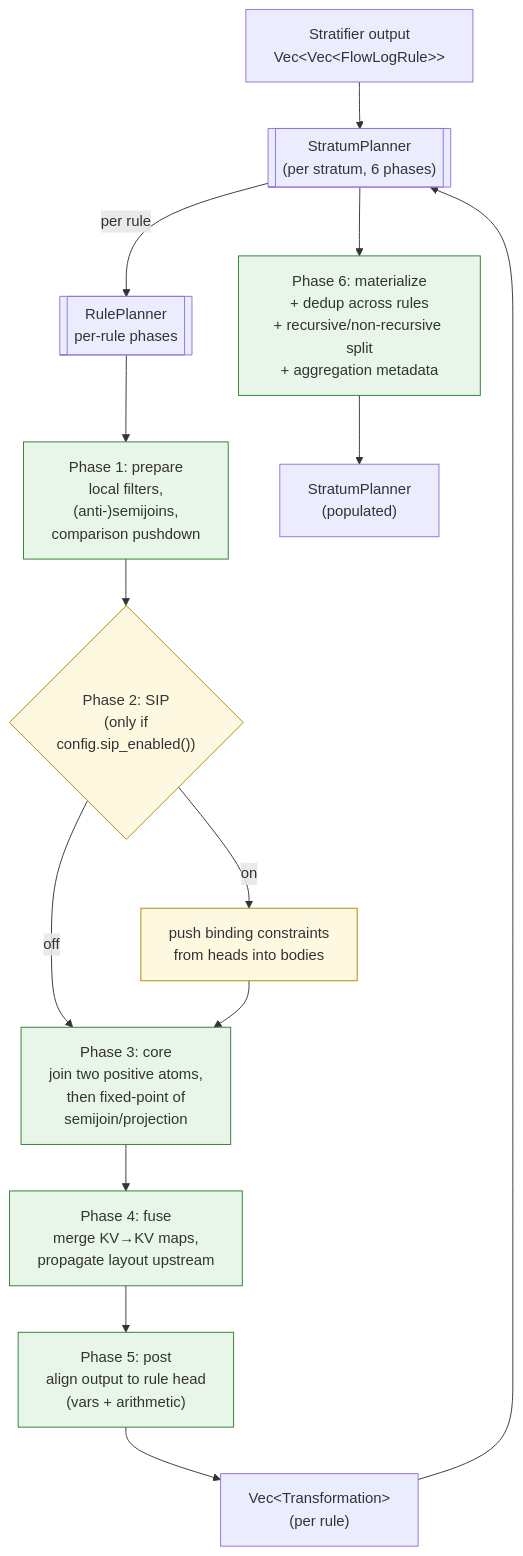
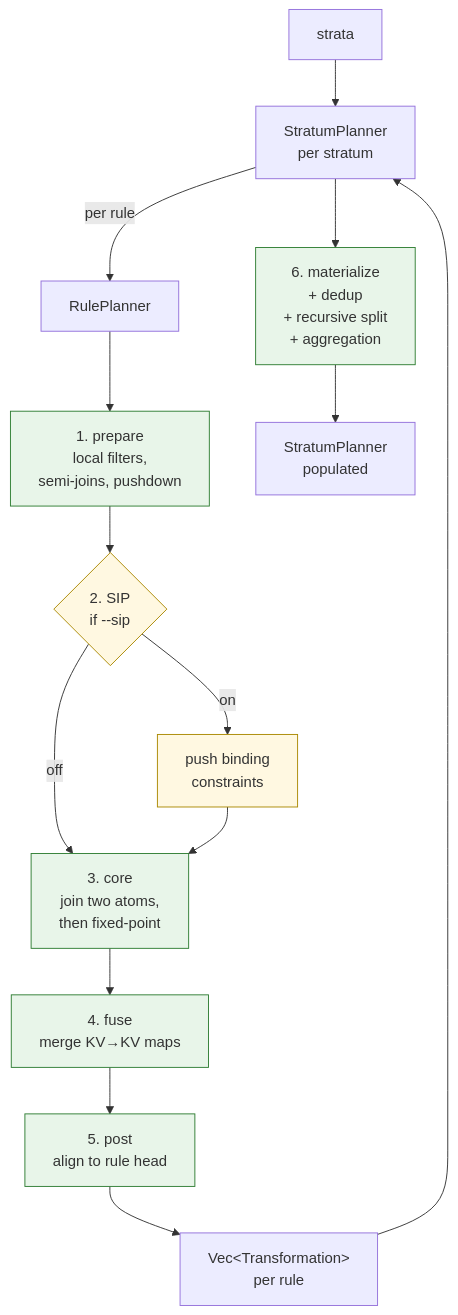
Before and after one commit to flowlog-rs/flowlog: the diagram in crates/flowlog-build/src/planner/README.md, drawn with Mermaid. The commit also changed other lines of this file and 12 other files, not shown here.

````diff
--- a/crates/flowlog-build/src/planner/README.md
+++ b/crates/flowlog-build/src/planner/README.md
@@ -16,21 +7,21 @@
 ```mermaid
 flowchart TD
-    STRATA["Stratifier output<br/>Vec&lt;Vec&lt;FlowLogRule&gt;&gt;"] --> SP
-    SP[["StratumPlanner<br/>(per stratum, 6 phases)"]] -->|"per rule"| RP
-    RP[["RulePlanner<br/>per-rule phases"]] --> P1["Phase 1: prepare<br/>local filters,<br/>(anti-)semijoins,<br/>comparison pushdown"]
-    P1 --> P2{"Phase 2: SIP<br/>(only if<br/>config.sip_enabled())"}
-    P2 -->|"on"| SIP["push binding constraints<br/>from heads into bodies"]
-    P2 -->|"off"| P3
-    SIP --> P3
-    P3["Phase 3: core<br/>join two positive atoms,<br/>then fixed-point of<br/>semijoin/projection"] --> P4
-    P4["Phase 4: fuse<br/>merge KV→KV maps,<br/>propagate layout upstream"] --> P5
-    P5["Phase 5: post<br/>align output to rule head<br/>(vars + arithmetic)"] --> TXS
-    TXS["Vec&lt;Transformation&gt;<br/>(per rule)"] --> SP
-    SP --> P6["Phase 6: materialize<br/>+ dedup across rules<br/>+ recursive/non-recursive split<br/>+ aggregation metadata"]
-    P6 --> OUT["StratumPlanner<br/>(populated)"]
+    in["strata"] --> sp[StratumPlanner<br/>per stratum]
+    sp -->|per rule| rp[RulePlanner]
+    rp --> p1[1. prepare<br/>local filters,<br/>semi-joins, pushdown]
+    p1 --> p2{2. SIP<br/>if --sip}
+    p2 -->|on| sip[push binding<br/>constraints]
+    p2 -->|off| p3
+    sip --> p3
+    p3[3. core<br/>join two atoms,<br/>then fixed-point] --> p4[4. fuse<br/>merge KV→KV maps]
+    p4 --> p5[5. post<br/>align to rule head]
+    p5 --> txs[Vec&lt;Transformation&gt;<br/>per rule]
+    txs --> sp
+    sp --> p6[6. materialize<br/>+ dedup<br/>+ recursive split<br/>+ aggregation]
+    p6 --> out[StratumPlanner<br/>populated]
 
     classDef phase fill:#e8f5e9,stroke:#2e7d32
-    class P1,P3,P4,P5,P6 phase
     classDef cond fill:#fff8e1,stroke:#a80
-    class P2,SIP cond
+    class p1,p3,p4,p5,p6 phase
+    class p2,sip cond
 ```
````
